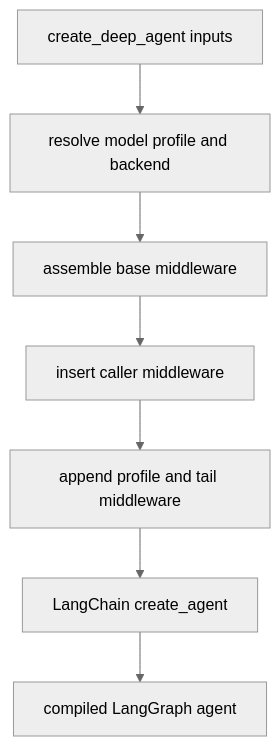
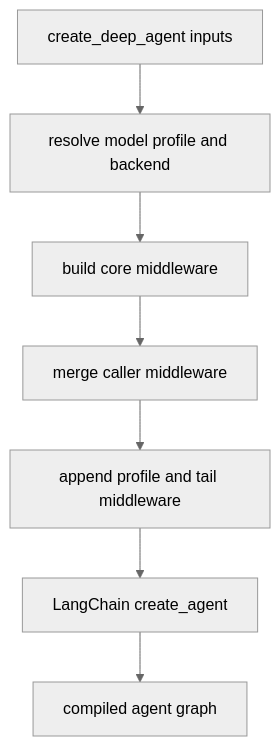
The first of 3 diagrams in openwiki/architecture/source-map.md (langchain-ai/deepagents), drawn with Mermaid (neutral theme) before and after one commit. The commit also changed other lines of this file and 39 other files, not shown here.

````diff
--- a/openwiki/architecture/source-map.md
+++ b/openwiki/architecture/source-map.md
@@ -108,9 +51,9 @@
 ```mermaid
 flowchart TD
   Input["create_deep_agent inputs"] --> Resolve["resolve model profile and backend"]
-  Resolve --> Base["assemble base middleware"]
-  Base --> Custom["insert caller middleware"]
+  Resolve --> Base["build core middleware"]
+  Base --> Custom["merge caller middleware"]
   Custom --> Tail["append profile and tail middleware"]
-  Tail --> Compile["LangChain create_agent"]
-  Compile --> Graph["compiled LangGraph agent"]
+  Tail --> Agent["LangChain create_agent"]
+  Agent --> Graph["compiled agent graph"]
 ```
````
